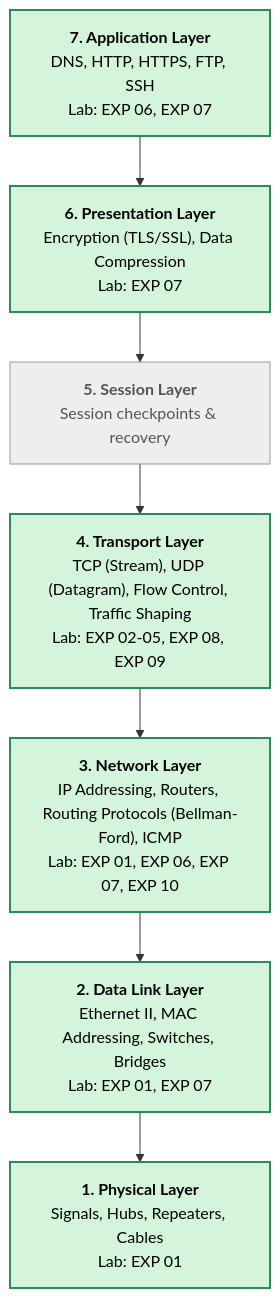
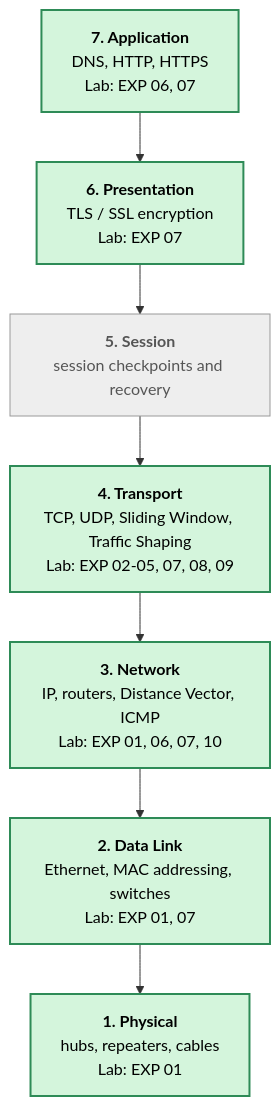
One commit to ananyamarghade/Computer-Networks-Lab changed the first of 3 diagrams in README.md. Above: the diagram before and after it, drawn with Mermaid. The commit also changed other lines of this file, not shown here.

````diff
--- a/README.md
+++ b/README.md
@@ -175,14 +368,14 @@
 ```mermaid
 flowchart TD
-    L7["<b>7. Application Layer</b><br/>DNS, HTTP, HTTPS, FTP, SSH<br/>Lab: EXP 06, EXP 07"] --> L6["<b>6. Presentation Layer</b><br/>Encryption (TLS/SSL), Data Compression<br/>Lab: EXP 07"]
-    L6 --> L5["<b>5. Session Layer</b><br/>Session checkpoints & recovery"]
-    L5 --> L4["<b>4. Transport Layer</b><br/>TCP (Stream), UDP (Datagram), Flow Control, Traffic Shaping<br/>Lab: EXP 02-05, EXP 08, EXP 09"]
-    L4 --> L3["<b>3. Network Layer</b><br/>IP Addressing, Routers, Routing Protocols (Bellman-Ford), ICMP<br/>Lab: EXP 01, EXP 06, EXP 07, EXP 10"]
-    L3 --> L2["<b>2. Data Link Layer</b><br/>Ethernet II, MAC Addressing, Switches, Bridges<br/>Lab: EXP 01, EXP 07"]
-    L2 --> L1["<b>1. Physical Layer</b><br/>Signals, Hubs, Repeaters, Cables<br/>Lab: EXP 01"]
+    L7["<b>7. Application</b><br/>DNS, HTTP, HTTPS<br/>Lab: EXP 06, 07"] --> L6["<b>6. Presentation</b><br/>TLS / SSL encryption<br/>Lab: EXP 07"]
+    L6 --> L5["<b>5. Session</b><br/>session checkpoints and recovery"]
+    L5 --> L4["<b>4. Transport</b><br/>TCP, UDP, Sliding Window, Traffic Shaping<br/>Lab: EXP 02-05, 07, 08, 09"]
+    L4 --> L3["<b>3. Network</b><br/>IP, routers, Distance Vector, ICMP<br/>Lab: EXP 01, 06, 07, 10"]
+    L3 --> L2["<b>2. Data Link</b><br/>Ethernet, MAC addressing, switches<br/>Lab: EXP 01, 07"]
+    L2 --> L1["<b>1. Physical</b><br/>hubs, repeaters, cables<br/>Lab: EXP 01"]
 
     classDef covered fill:#d4f5dc,stroke:#2e8b57,stroke-width:2px,color:#000;
     classDef notcovered fill:#eeeeee,stroke:#999999,color:#555;
     class L7,L6,L4,L3,L2,L1 covered;
     class L5 notcovered;
 ```
````
